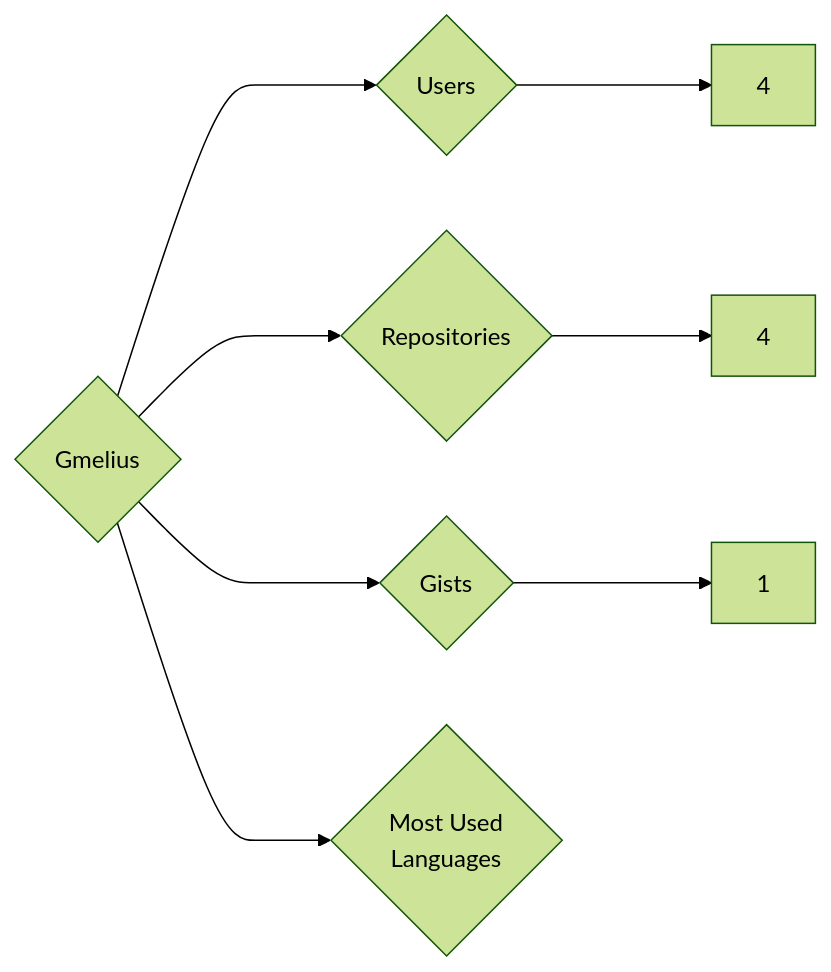
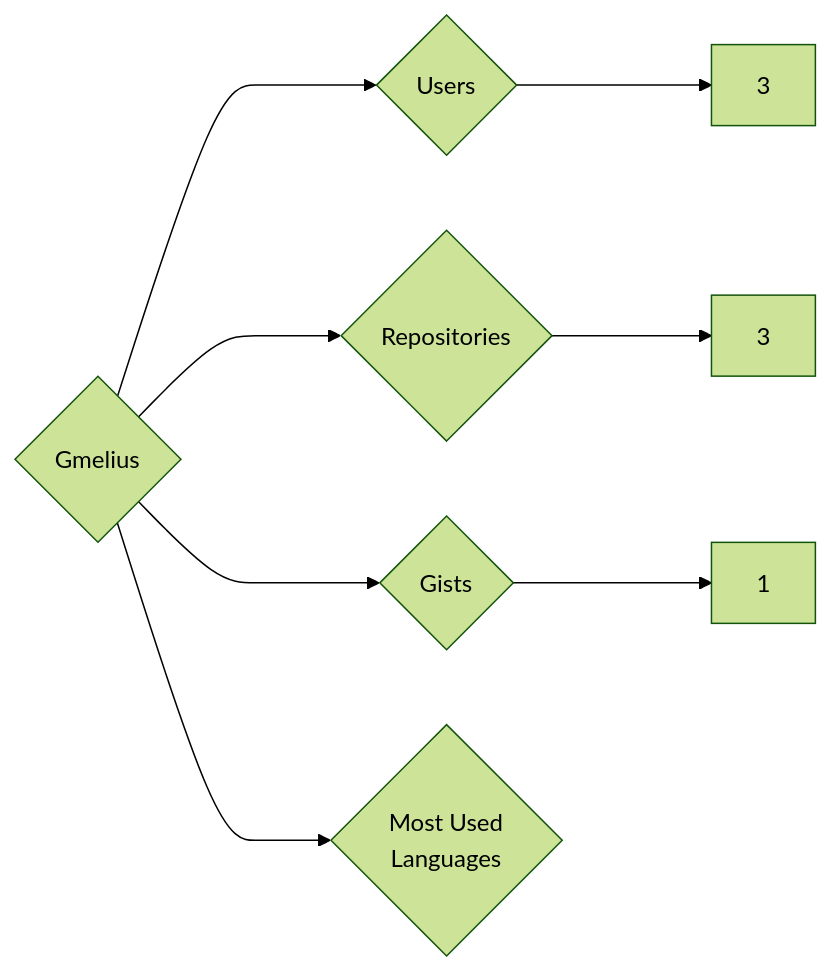
One commit to trickest/insiders changed the diagram in targets/Gmelius/README.md. Above: the diagram before and after it, drawn with Mermaid (forest theme). The commit also changed 1003 other files, not shown here.

````diff
--- a/targets/Gmelius/README.md
+++ b/targets/Gmelius/README.md
@@ -3,8 +3,8 @@
 ```mermaid
 graph LR
 COMPANY_NAME{Gmelius}
-COMPANY_NAME ---> U{Users} ---> UN[4]
-COMPANY_NAME ---> R{Repositories} ---> RN[4]
+COMPANY_NAME ---> U{Users} ---> UN[3]
+COMPANY_NAME ---> R{Repositories} ---> RN[3]
 COMPANY_NAME ---> G{Gists} ---> GN[1]
 COMPANY_NAME ---> ML{Most Used<br>Languages}
 ```
````
